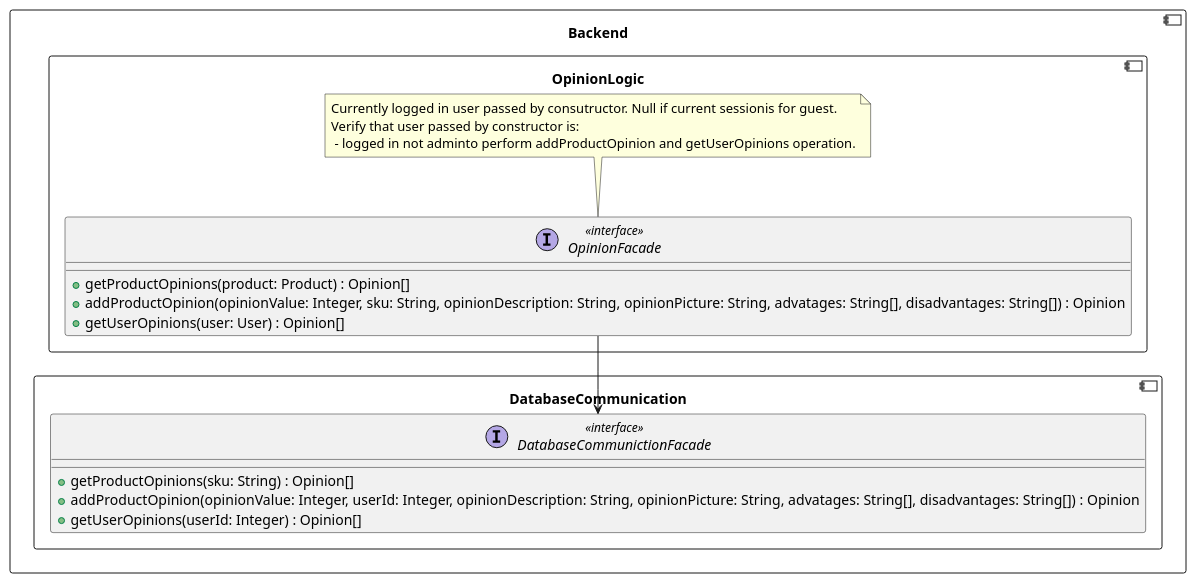
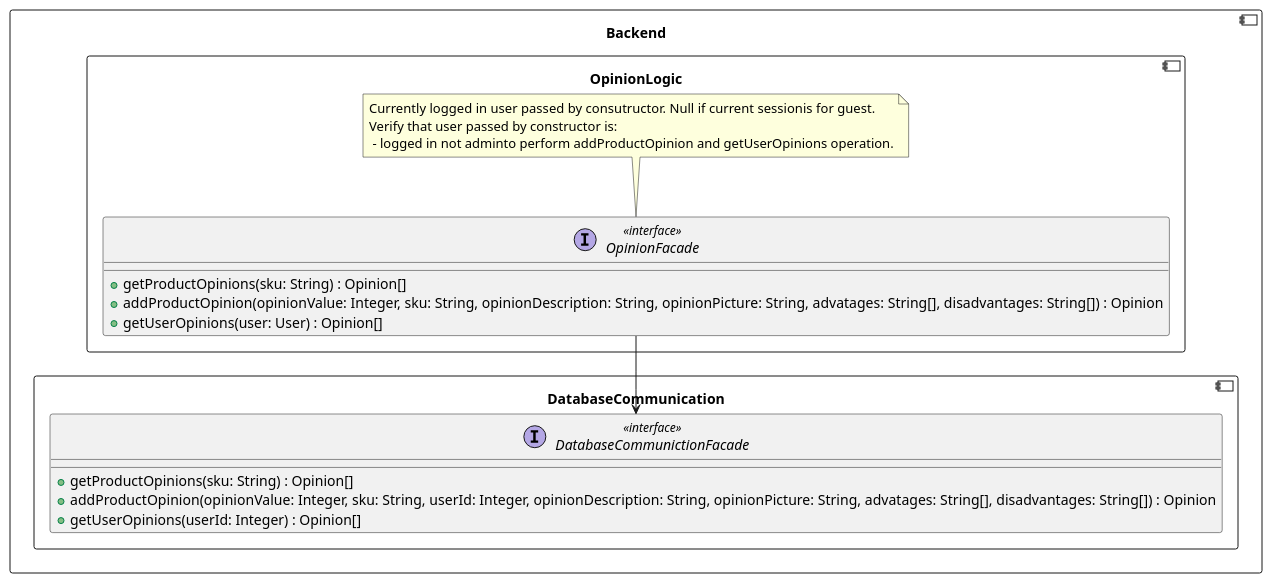
The ninth of 9 diagrams in backend/BackendLogic.md (RadekBucki/OpinionCollectorArchitecture), drawn with PlantUML before and after one commit. The commit also changed other lines of this file and 1 other file, not shown here.

Commit message:
Replace product: Product to sku: String

````diff
--- a/backend/BackendLogic.md
+++ b/backend/BackendLogic.md
@@ -265,28 +265,28 @@
 ```plantuml
 @startuml
 component Backend {
     component DatabaseCommunication {
         interface DatabaseCommunictionFacade <<interface>> {
             + getProductOpinions(sku: String) : Opinion[]
-            + addProductOpinion(opinionValue: Integer, userId: Integer, opinionDescription: String, opinionPicture: String, advatages: String[], disadvantages: String[]) : Opinion
+            + addProductOpinion(opinionValue: Integer, sku: String, userId: Integer, opinionDescription: String, opinionPicture: String, advatages: String[], disadvantages: String[]) : Opinion
             + getUserOpinions(userId: Integer) : Opinion[]
         }
     }
     
     component OpinionLogic {        
         OpinionFacade  --> DatabaseCommunictionFacade
         interface OpinionFacade <<interface>> {
-            + getProductOpinions(product: Product) : Opinion[]
+            + getProductOpinions(sku: String) : Opinion[]
             + addProductOpinion(opinionValue: Integer, sku: String, opinionDescription: String, opinionPicture: String, advatages: String[], disadvantages: String[]) : Opinion
             + getUserOpinions(user: User) : Opinion[]
         }
     
         note top of OpinionFacade
             Currently logged in user passed by consutructor. Null if current sessionis for guest.
             Verify that user passed by constructor is:
              - logged in not adminto perform addProductOpinion and getUserOpinions operation.
         endnote
     }
 }
 @enduml 
 ```
````
